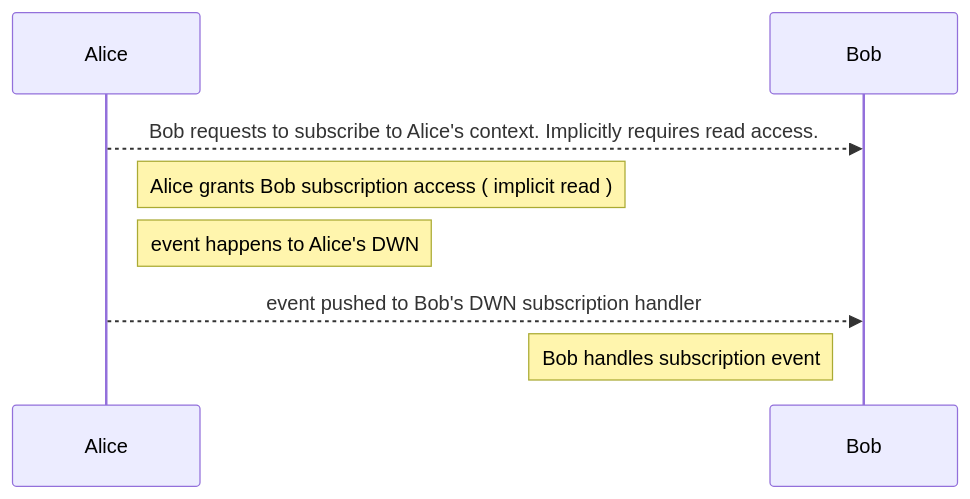
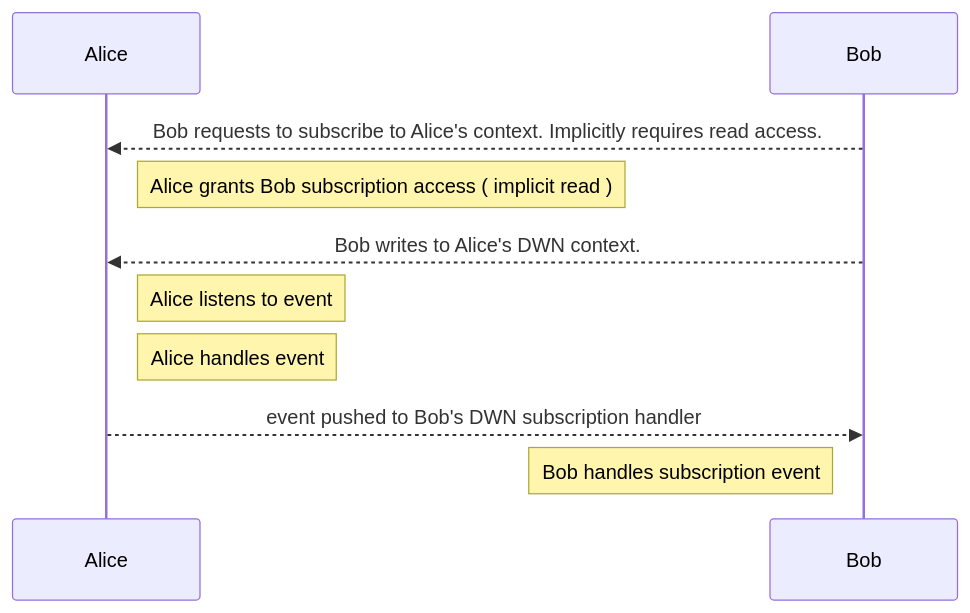
The second of 6 diagrams in tp019/README.md (TBD54566975/technical-proposals), drawn with Mermaid before and after one commit. The commit also changed other lines of this file, not shown here.

````diff
--- a/tp019/README.md
+++ b/tp019/README.md
@@ -37,11 +99,14 @@
 ``` mermaid
 sequenceDiagram
   participant Alice
   participant Bob
   
-  Alice -->> Bob : Bob requests to subscribe to Alice's context. Implicitly requires read access.
+  Bob -->> Alice : Bob requests to subscribe to Alice's context. Implicitly requires read access.
   note right of Alice: Alice grants Bob subscription access ( implicit read )
-  note right of Alice : event happens to Alice's DWN
+  Bob -->> Alice : Bob writes to Alice's DWN context.
+  note right of Alice : Alice listens to event
+  note right of Alice: Alice handles event
+
   Alice -->> Bob : event pushed to Bob's DWN subscription handler
   note left of Bob: Bob handles subscription event
 ```
````
